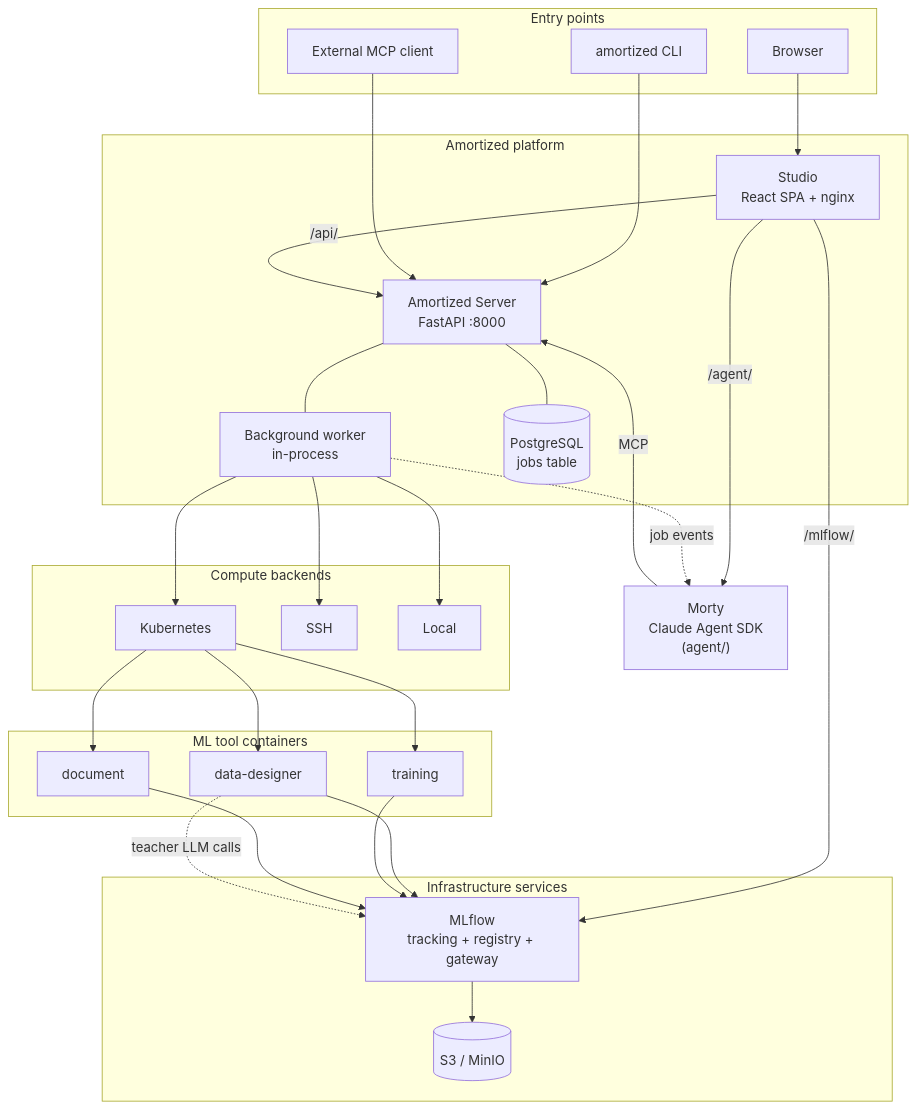
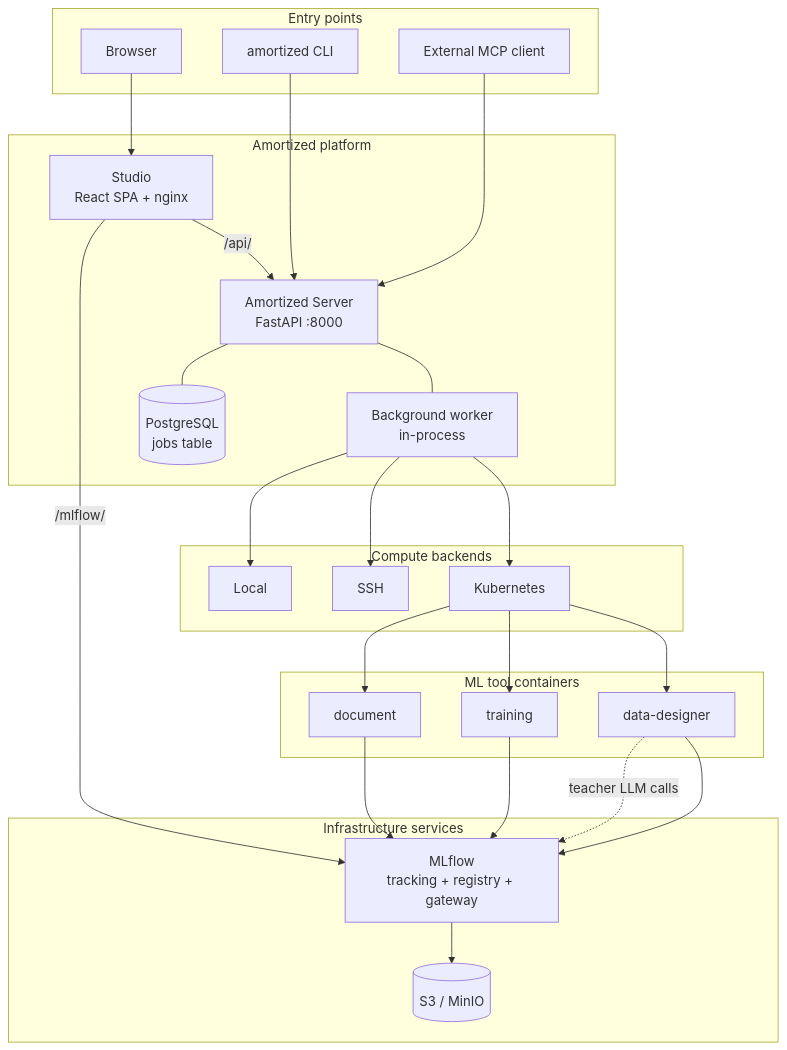
One commit to amortized-ai/amortized changed the first of 6 diagrams in docs/architecture.md. Above: the diagram before and after it, drawn with Mermaid. The commit also changed other lines of this file, not shown here.

````diff
--- a/docs/architecture.md
+++ b/docs/architecture.md
@@ -31,56 +31,51 @@
 ```mermaid
 graph TB
     subgraph entry["Entry points"]
         browser["Browser"]
         cli["amortized CLI"]
         ext["External MCP client"]
     end
 
     subgraph platform["Amortized platform"]
         studio["Studio<br/>React SPA + nginx"]
         server["Amortized Server<br/>FastAPI :8000"]
         worker["Background worker<br/>in-process"]
         db[("PostgreSQL<br/>jobs table")]
     end
-
-    agent["Morty<br/>Claude Agent SDK<br/>(agent/)"]
 
     subgraph backends["Compute backends"]
         k8s["Kubernetes"]
         ssh["SSH"]
         local["Local"]
     end
 
     subgraph containers["ML tool containers"]
         dd["data-designer"]
         train["training"]
         doc["document"]
     end
 
     subgraph infra["Infrastructure services"]
         mlflow["MLflow<br/>tracking + registry + gateway"]
         s3[("S3 / MinIO")]
     end
 
     browser --> studio
     cli --> server
     ext --> server
     studio -->|/api/| server
-    studio -->|/agent/| agent
     studio -->|/mlflow/| mlflow
-    agent -->|MCP| server
-    worker -.->|job events| agent
     server --- worker
     server --- db
     worker --> k8s
     worker --> ssh
     worker --> local
     k8s --> dd
     k8s --> train
     k8s --> doc
     dd --> mlflow
     train --> mlflow
     doc --> mlflow
     mlflow --> s3
     dd -.->|teacher LLM calls| mlflow
 ```
````
